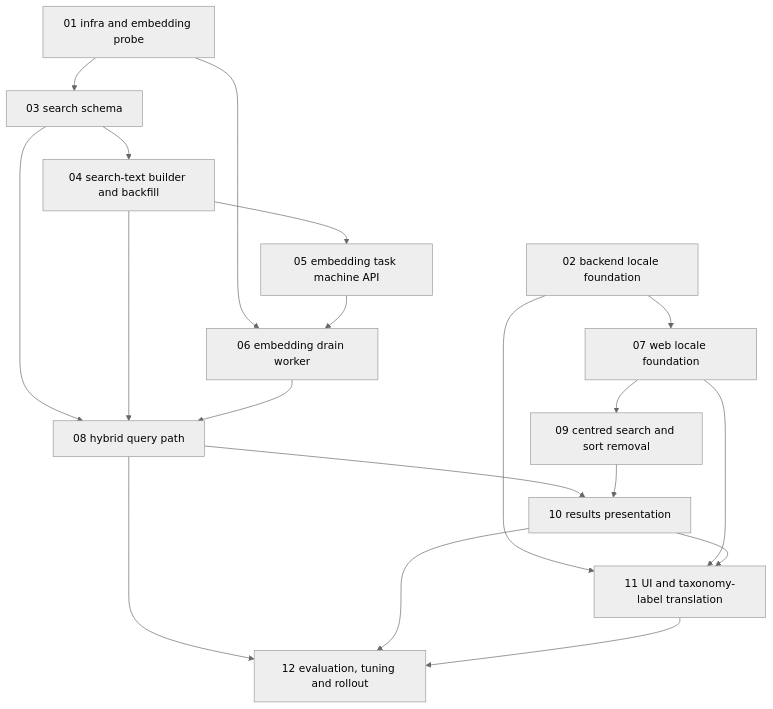
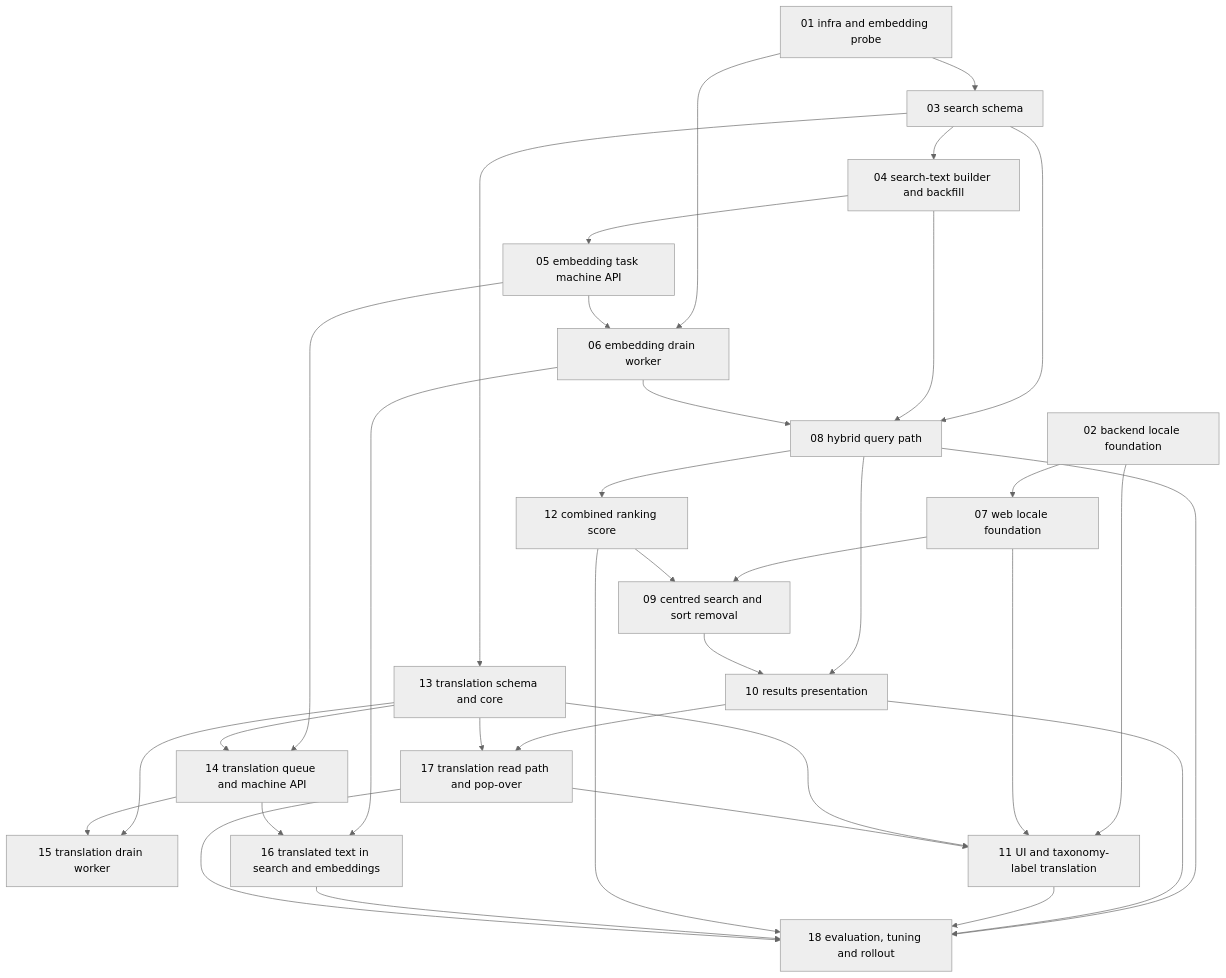
Before and after one commit to vadim-schultz/redtape: the diagram in .plans/search-first/01-rollout.md, drawn with Mermaid (neutral theme). The commit also changed other lines of this file and 23 other files, not shown here.

First line of the commit message:
docs(plans): add combined ranking and document translation chapters to search-first

````diff
--- a/.plans/search-first/01-rollout.md
+++ b/.plans/search-first/01-rollout.md
@@ -30,21 +32,36 @@
 ```mermaid
 flowchart TD
   C1[01 infra and embedding probe] --> C3[03 search schema]
   C3 --> C4[04 search-text builder and backfill]
   C4 --> C5[05 embedding task machine API]
   C1 --> C6[06 embedding drain worker]
   C5 --> C6
   C3 --> C8[08 hybrid query path]
   C4 --> C8
   C6 --> C8
+  C8 --> C12[12 combined ranking score]
   C2[02 backend locale foundation] --> C7[07 web locale foundation]
   C7 --> C9[09 centred search and sort removal]
+  C12 --> C9
   C8 --> C10[10 results presentation]
   C9 --> C10
+  C3 --> C13[13 translation schema and core]
+  C5 --> C14[14 translation queue and machine API]
+  C13 --> C14
+  C13 --> C15[15 translation drain worker]
+  C14 --> C15
+  C6 --> C16[16 translated text in search and embeddings]
+  C14 --> C16
+  C10 --> C17[17 translation read path and pop-over]
+  C13 --> C17
   C2 --> C11[11 UI and taxonomy-label translation]
   C7 --> C11
-  C10 --> C11
-  C8 --> C12[12 evaluation, tuning and rollout]
-  C10 --> C12
-  C11 --> C12
+  C13 --> C11
+  C17 --> C11
+  C8 --> C18[18 evaluation, tuning and rollout]
+  C10 --> C18
+  C11 --> C18
+  C12 --> C18
+  C16 --> C18
+  C17 --> C18
 ```
````
